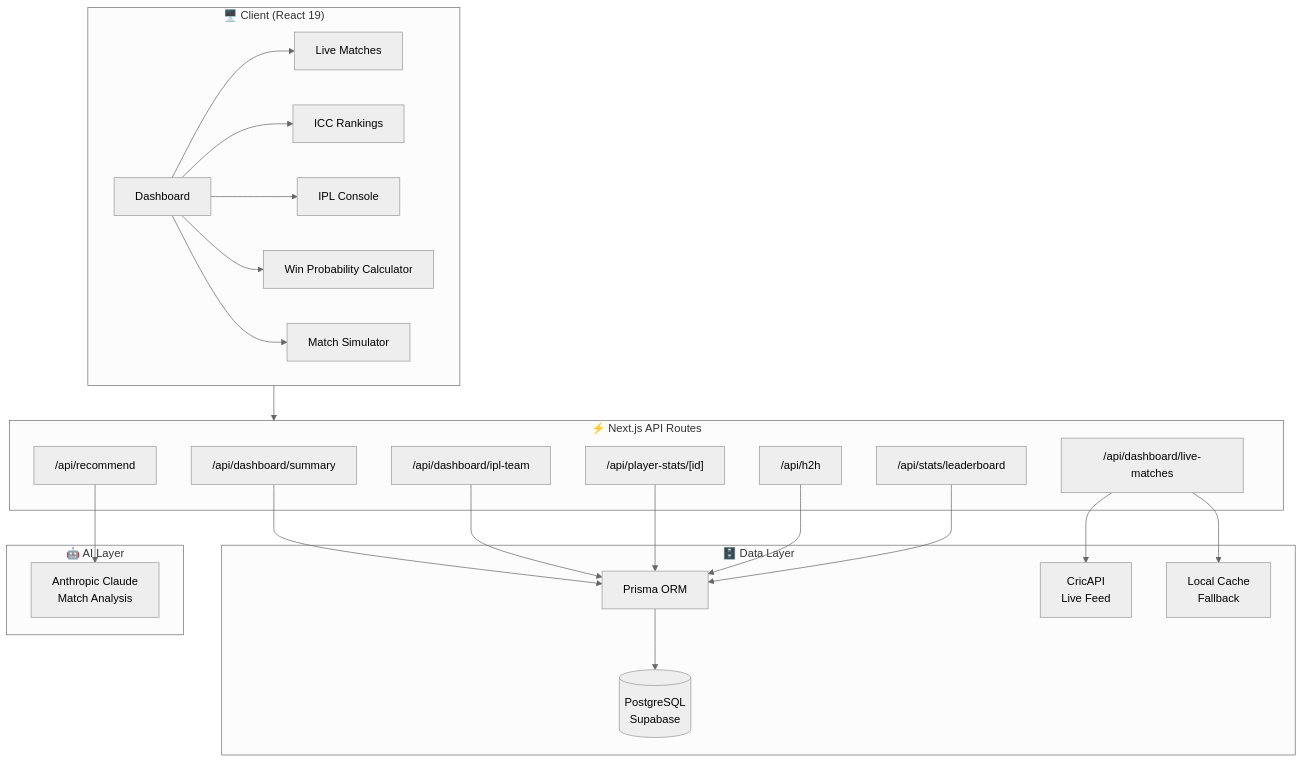
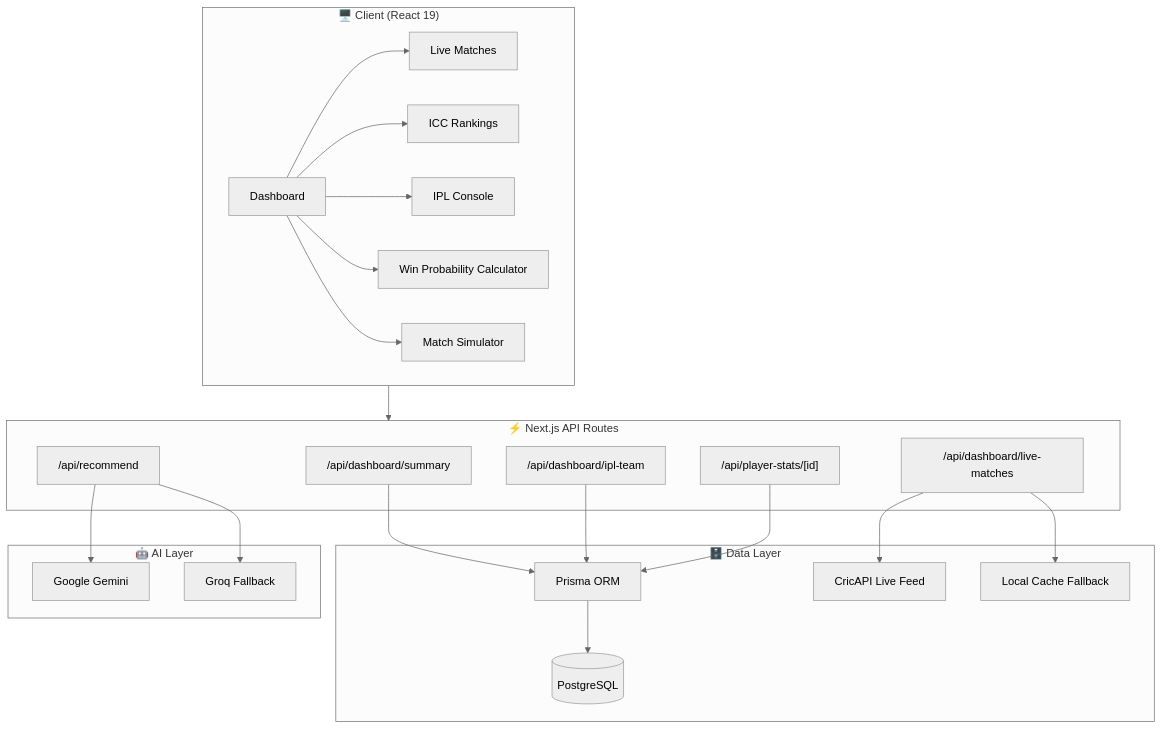
The first of 2 diagrams in README.md (DHRUVASAI/EDGE---Evidence-Driven-Game-Engine), drawn with Mermaid (neutral theme) before and after one commit. The commit also changed other lines of this file and 66 other files, not shown here.

````diff
--- a/README.md
+++ b/README.md
@@ -76,41 +61,39 @@
 ```mermaid
 graph TB
     subgraph Client["🖥️ Client (React 19)"]
         A[Dashboard] --> B[Live Matches]
         A --> C[ICC Rankings]
         A --> D[IPL Console]
         A --> E[Win Probability Calculator]
         A --> F[Match Simulator]
     end
 
     subgraph API["⚡ Next.js API Routes"]
         G["/api/dashboard/summary"]
         H["/api/dashboard/live-matches"]
         I["/api/dashboard/ipl-team"]
         J["/api/recommend"]
         K["/api/player-stats/[id]"]
-        L["/api/h2h"]
-        M["/api/stats/leaderboard"]
     end
 
     subgraph Data["🗄️ Data Layer"]
-        N[(PostgreSQL<br/>Supabase)]
+        N[(PostgreSQL)]
         O[Prisma ORM]
-        P[CricAPI<br/>Live Feed]
-        Q[Local Cache<br/>Fallback]
+        P[CricAPI Live Feed]
+        Q[Local Cache Fallback]
     end
 
     subgraph AI["🤖 AI Layer"]
-        R[Anthropic Claude<br/>Match Analysis]
+        R[Google Gemini]
+        S[Groq Fallback]
     end
 
     Client --> API
     G --> O --> N
     H --> P
     H --> Q
     I --> O
     J --> R
+    J --> S
     K --> O
-    L --> O
-    M --> O
 ```
````
